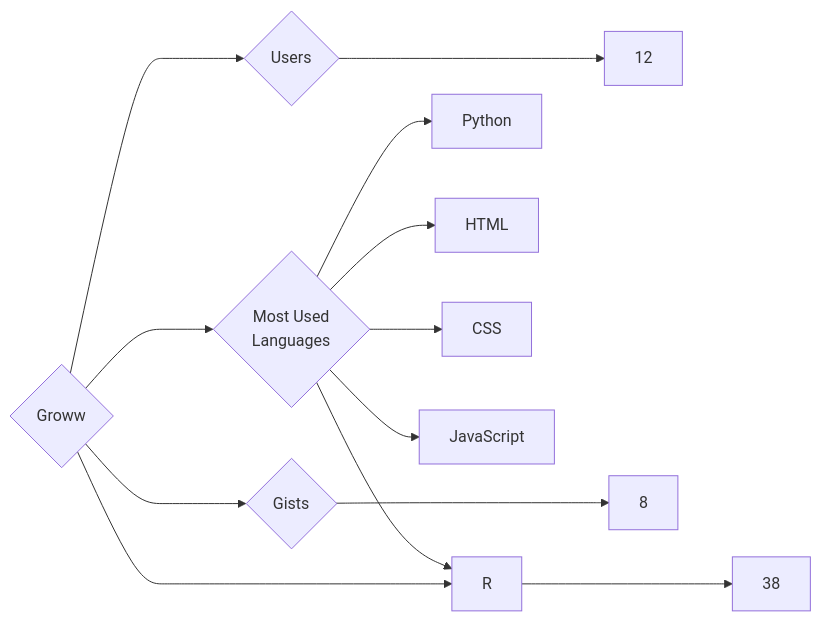
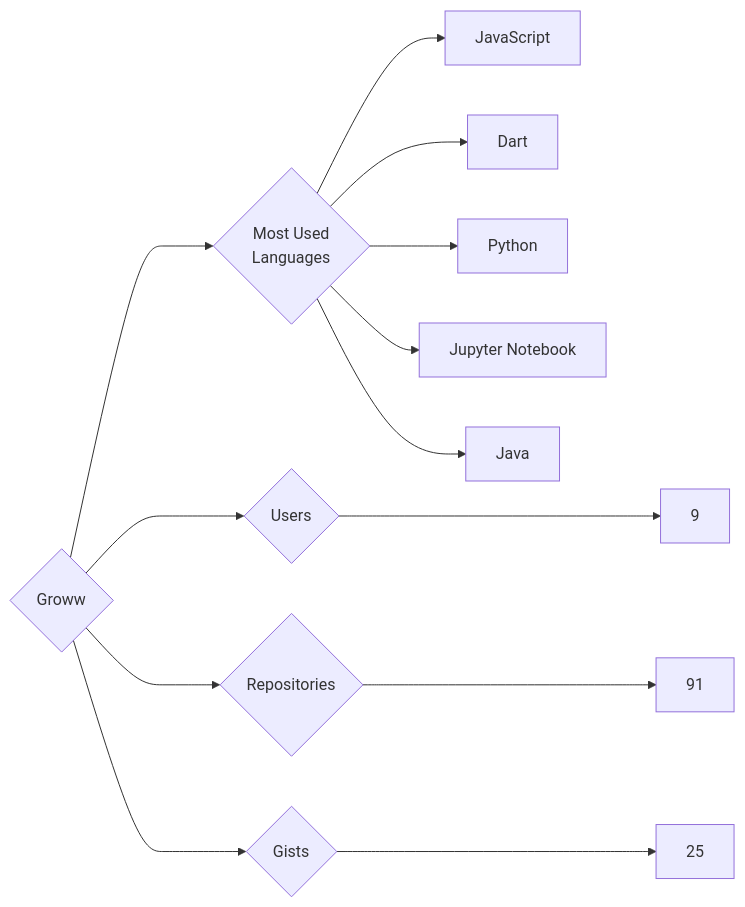
Before and after one commit to trickest/insiders: the diagram in targets/Groww/README.md, drawn with Mermaid. The commit also changed 1170 other files, not shown here.

````diff
--- a/targets/Groww/README.md
+++ b/targets/Groww/README.md
@@ -3,13 +3,13 @@
 ```mermaid
 graph LR
 COMPANY_NAME{Groww}
-COMPANY_NAME ---> U{Users} ---> UN[12]
-COMPANY_NAME ---> R{Repositories} ---> RN[38]
-COMPANY_NAME ---> G{Gists} ---> GN[8]
+COMPANY_NAME ---> U{Users} ---> UN[9]
+COMPANY_NAME ---> R{Repositories} ---> RN[91]
+COMPANY_NAME ---> G{Gists} ---> GN[25]
 COMPANY_NAME ---> ML{Most Used<br>Languages}
+ML --> JavaScript[JavaScript]
+ML --> Dart[Dart]
 ML --> Python[Python]
-ML --> HTML[HTML]
-ML --> CSS[CSS]
-ML --> JavaScript[JavaScript]
-ML --> R[R]
+ML --> Jupyter_Notebook[Jupyter Notebook]
+ML --> Java[Java]
 ```
````
